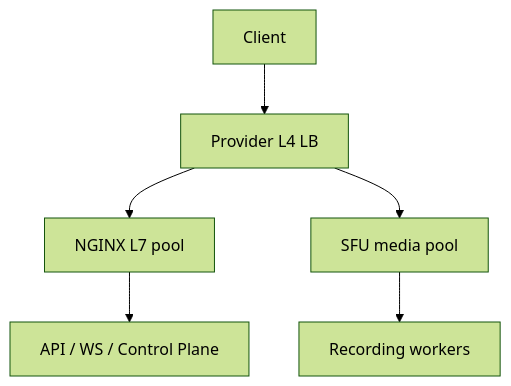
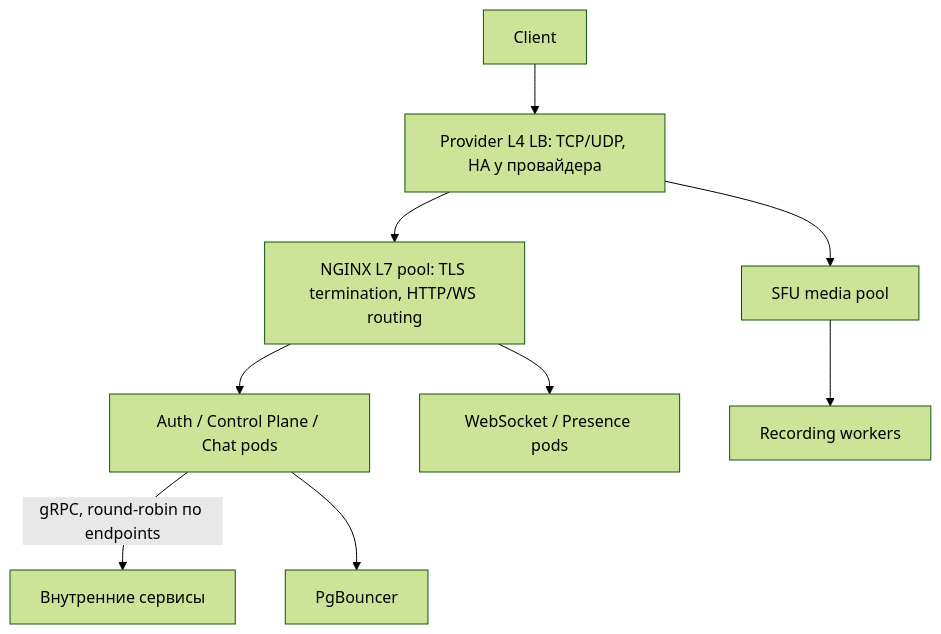
Before and after one commit to Danykrane/system_design: the eighth of 11 diagrams in README.md, drawn with Mermaid (forest theme). The commit also changed other lines of this file and 5 other files, not shown here.

````diff
--- a/README.md
+++ b/README.md
@@ -423,8 +647,11 @@
 ```mermaid
 flowchart TD
-    U["Client"] --> L4["Provider L4 LB"]
-    L4 --> L7["NGINX L7 pool"]
-    L7 --> API["API / WS / Control Plane"]
+    U["Client"] --> L4["Provider L4 LB: TCP/UDP, HA у провайдера"]
+    L4 --> L7["NGINX L7 pool: TLS termination, HTTP/WS routing"]
+    L7 --> API["Auth / Control Plane / Chat pods"]
+    L7 --> WS["WebSocket / Presence pods"]
+    API -->|"gRPC, round-robin по endpoints"| INT["Внутренние сервисы"]
+    API --> PGB["PgBouncer"]
     L4 --> SFU["SFU media pool"]
     SFU --> REC["Recording workers"]
 ```
````
